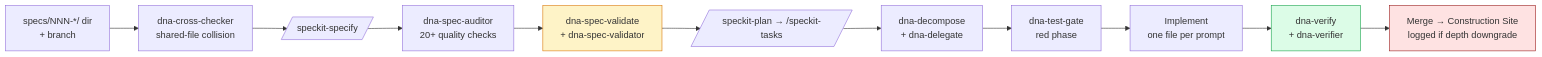
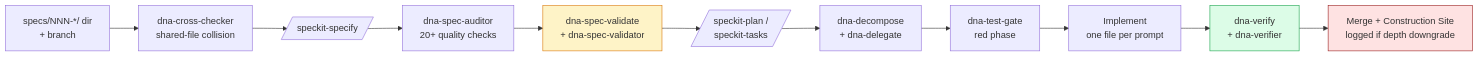
The diagram in README.md (albertdobmeyer/agentic-dev-starter), drawn with Mermaid before and after one commit. The commit also changed other lines of this file and 99 other files, not shown here.

````diff
--- a/README.md
+++ b/README.md
@@ -82,19 +82,19 @@
 ```mermaid
 flowchart LR
     A[specs/NNN-*/ dir<br/>+ branch]
     B[dna-cross-checker<br/>shared-file collision]
     C[/speckit-specify/]
     D[dna-spec-auditor<br/>20+ quality checks]
     E[dna-spec-validate<br/>+ dna-spec-validator]
-    F[/speckit-plan → /speckit-tasks/]
+    F[/speckit-plan /<br/>speckit-tasks/]
     G[dna-decompose<br/>+ dna-delegate]
     H[dna-test-gate<br/>red phase]
     I[Implement<br/>one file per prompt]
     J[dna-verify<br/>+ dna-verifier]
-    K[Merge → Construction Site<br/>logged if depth downgrade]
+    K[Merge + Construction Site<br/>logged if depth downgrade]
 
     A --> B --> C --> D --> E --> F --> G --> H --> I --> J --> K
     style E fill:#fef3c7,stroke:#d97706
     style J fill:#dcfce7,stroke:#16a34a
     style K fill:#fee2e2,stroke:#991b1b
 ```
````
